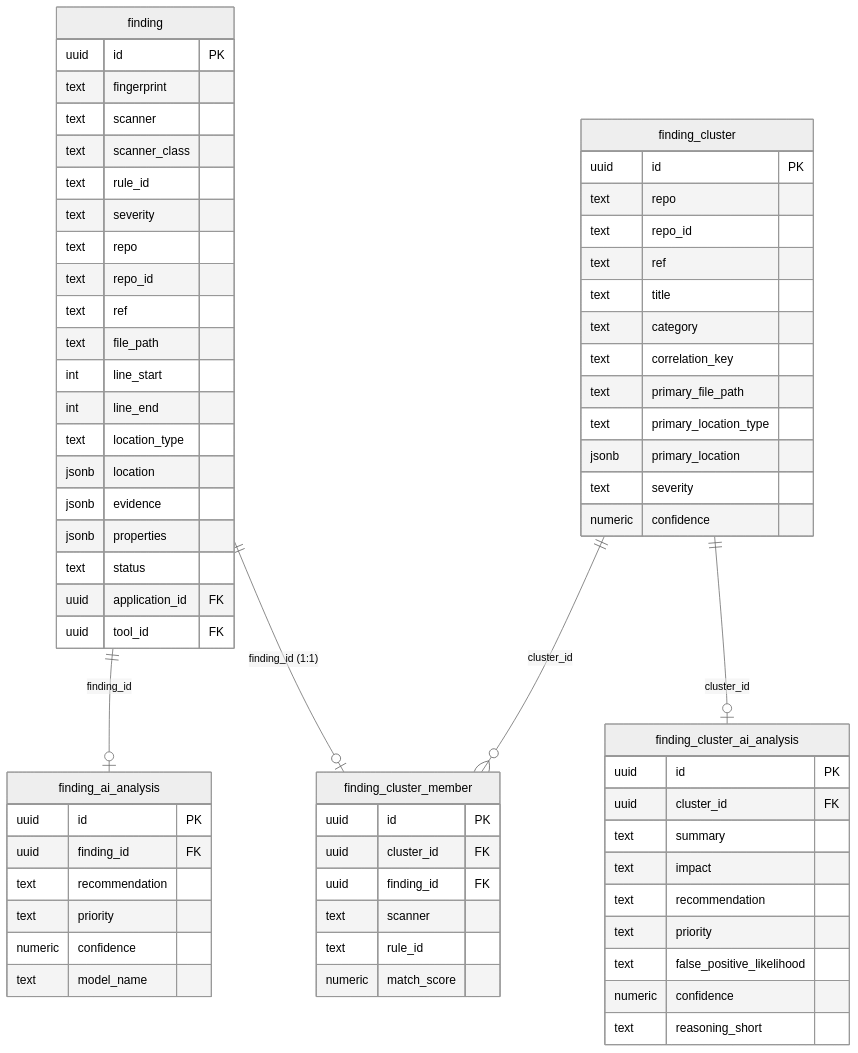
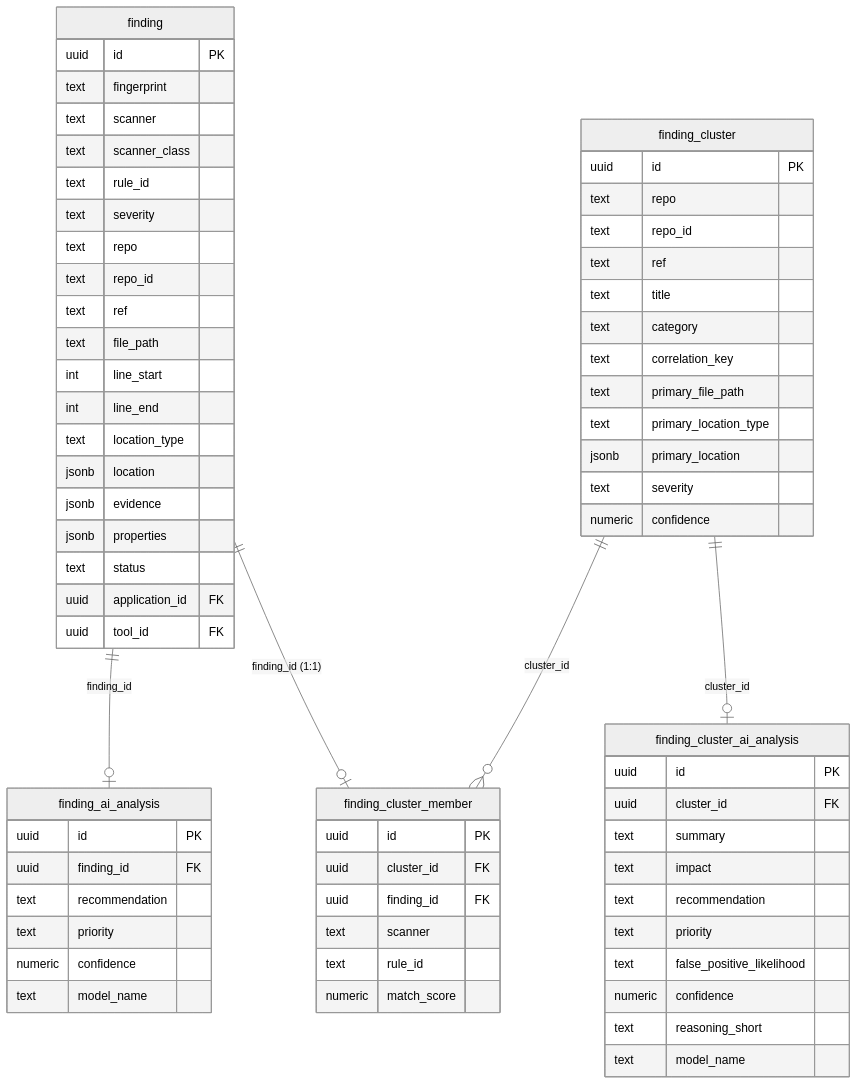
The second of 5 diagrams in docs/reference/database-schema.md (OdinEye-FIAP/aspm-docs), drawn with Mermaid (neutral theme) before and after one commit. The commit also changed other lines of this file, not shown here.

Commit message:
docs: corrigir schema do banco (sarif_raw, alerts, security_gate_evaluations, quality_gate_runs scope, consolidated_risk github_issue)

````diff
--- a/docs/reference/database-schema.md
+++ b/docs/reference/database-schema.md
@@ -186,70 +186,71 @@
 ```mermaid
 erDiagram
     finding {
         uuid id PK
         text fingerprint
         text scanner
         text scanner_class
         text rule_id
         text severity
         text repo
         text repo_id
         text ref
         text file_path
         int line_start
         int line_end
         text location_type
         jsonb location
         jsonb evidence
         jsonb properties
         text status
         uuid application_id FK
         uuid tool_id FK
     }
     finding_ai_analysis {
         uuid id PK
         uuid finding_id FK
         text recommendation
         text priority
         numeric confidence
         text model_name
     }
     finding_cluster {
         uuid id PK
         text repo
         text repo_id
         text ref
         text title
         text category
         text correlation_key
         text primary_file_path
         text primary_location_type
         jsonb primary_location
         text severity
         numeric confidence
     }
     finding_cluster_ai_analysis {
         uuid id PK
         uuid cluster_id FK
         text summary
         text impact
         text recommendation
         text priority
         text false_positive_likelihood
         numeric confidence
         text reasoning_short
+        text model_name
     }
     finding_cluster_member {
         uuid id PK
         uuid cluster_id FK
         uuid finding_id FK
         text scanner
         text rule_id
         numeric match_score
     }
 
     finding ||--o| finding_ai_analysis : "finding_id"
     finding ||--o| finding_cluster_member : "finding_id (1:1)"
     finding_cluster ||--o{ finding_cluster_member : "cluster_id"
     finding_cluster ||--o| finding_cluster_ai_analysis : "cluster_id"
 ```
````
